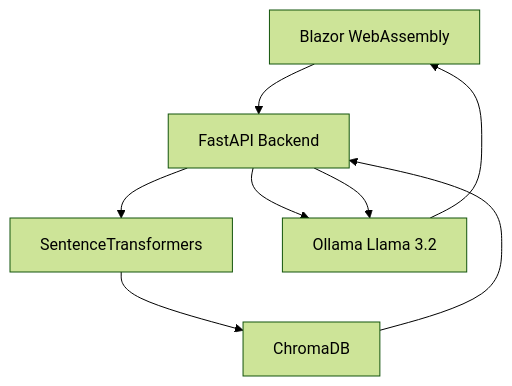
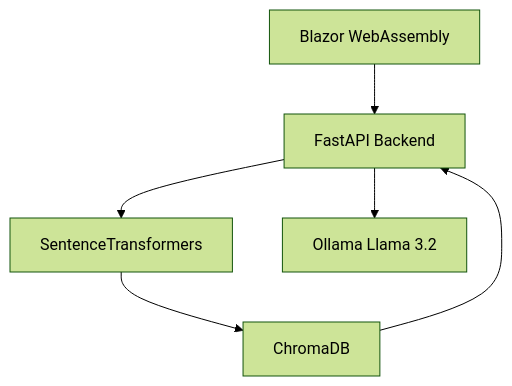
One commit to hagemaruf/askmydocs changed the diagram in README.md. Above: the diagram before and after it, drawn with Mermaid (forest theme).

Commit message:
Simplify architecture diagram in README
Removed redundant edges from the architecture diagram.

````diff
--- a/README.md
+++ b/README.md
@@ -22,14 +22,12 @@
 ```mermaid
 flowchart TD
 
     A[Blazor WebAssembly] --> B[FastAPI Backend]
 
     B --> C[SentenceTransformers]
     C --> D[ChromaDB]
 
     B --> E[Ollama Llama 3.2]
 
     D --> B
-    B --> E
-    E --> A
 ```
````
